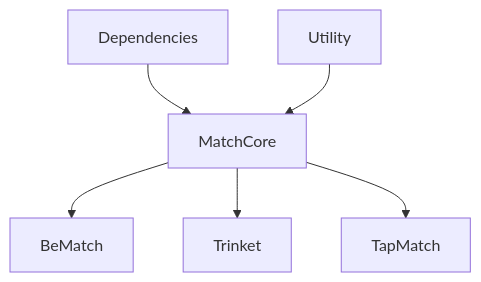
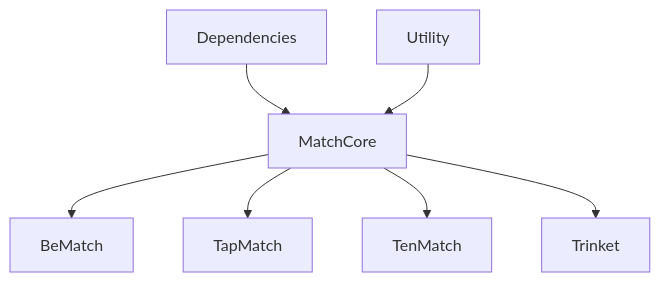
The diagram in README.md (0x1-company/ios-monorepo), drawn with Mermaid before and after one commit.

````diff
--- a/README.md
+++ b/README.md
@@ -35,9 +35,10 @@
 ```mermaid
 graph TD;
 Dependencies --> MatchCore
 Utility --> MatchCore
 
 MatchCore --> BeMatch
+MatchCore --> TapMatch
+MatchCore --> TenMatch
 MatchCore --> Trinket
-MatchCore --> TapMatch
 ```
````
